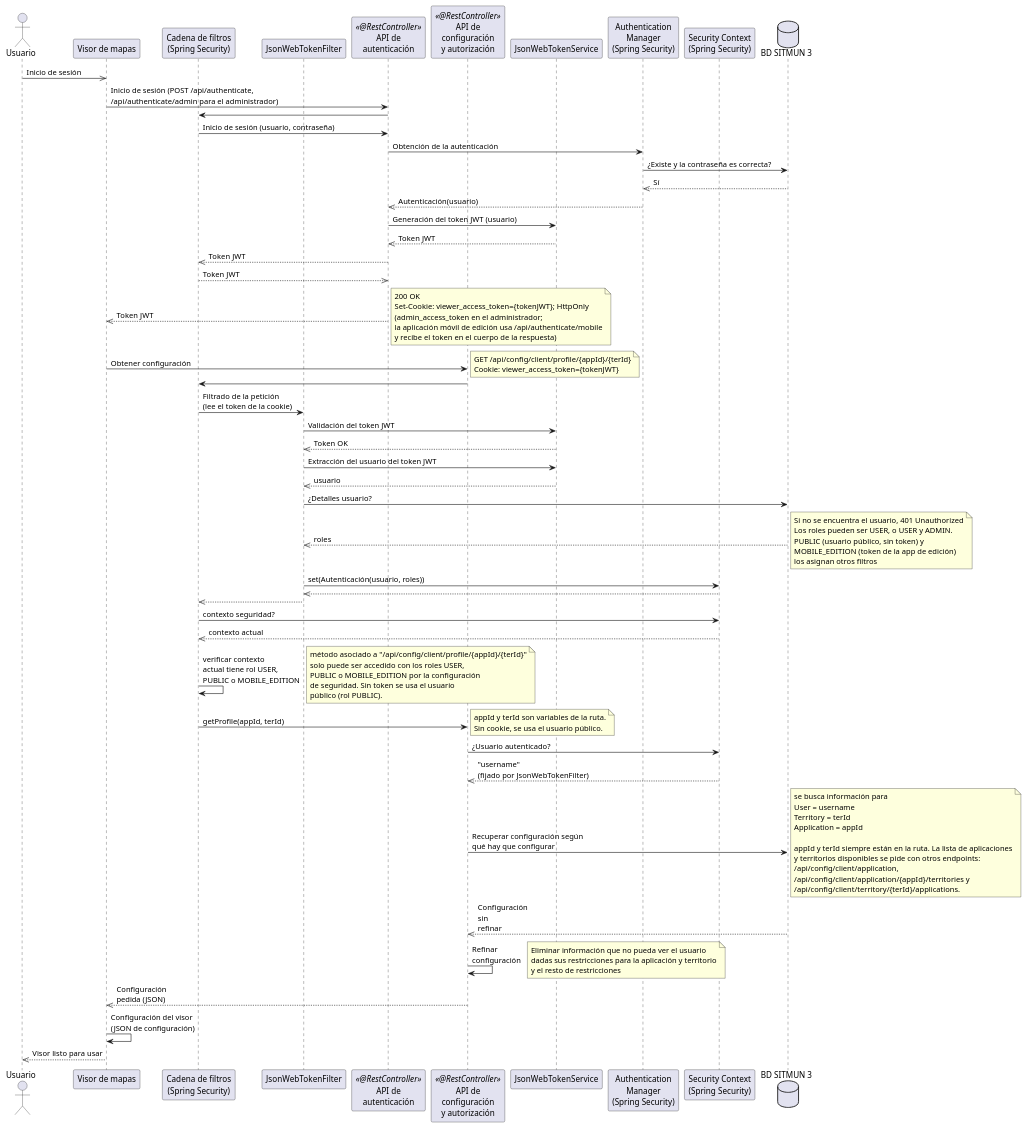
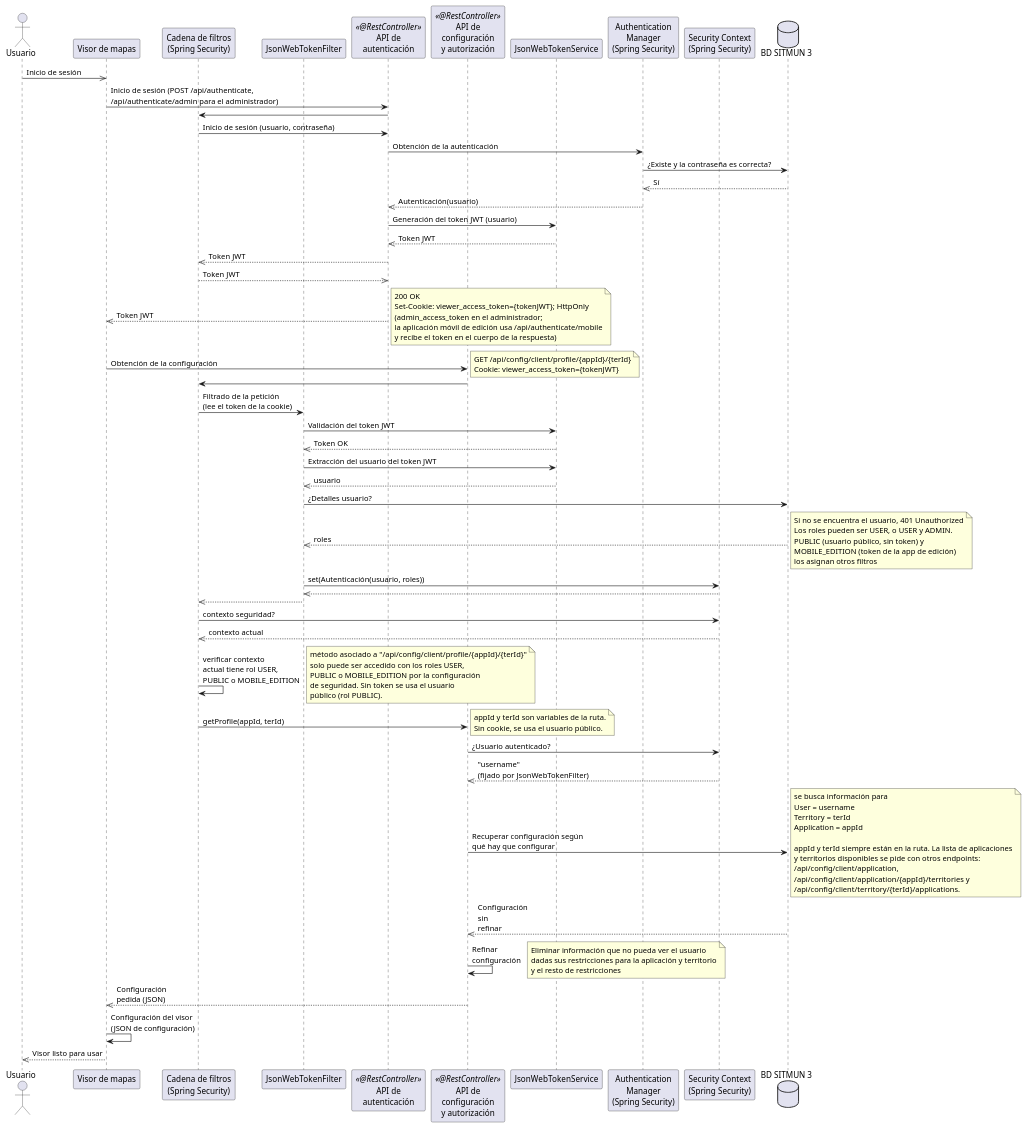
One commit to sitmun/sitmun.github.io changed the second of 6 diagrams in docs/que-es-sitmun/plataforma/arquitectura/index.md. Above: the diagram before and after it, drawn with PlantUML. The commit also changed other lines of this file and 12 other files, not shown here.

```diff
--- a/docs/que-es-sitmun/plataforma/arquitectura/index.md
+++ b/docs/que-es-sitmun/plataforma/arquitectura/index.md
@@ -374,7 +374,7 @@
 la aplicación móvil de edición usa /api/authenticate/mobile
 y recibe el token en el cuerpo de la respuesta)
 end note
-Client -> ConfigurationAPI: Obtener configuración
+Client -> ConfigurationAPI: Obtención de la configuración
 note right
  GET /api/config/client/profile/{appId}/{terId}
  Cookie: viewer_access_token={tokenJWT}
```
